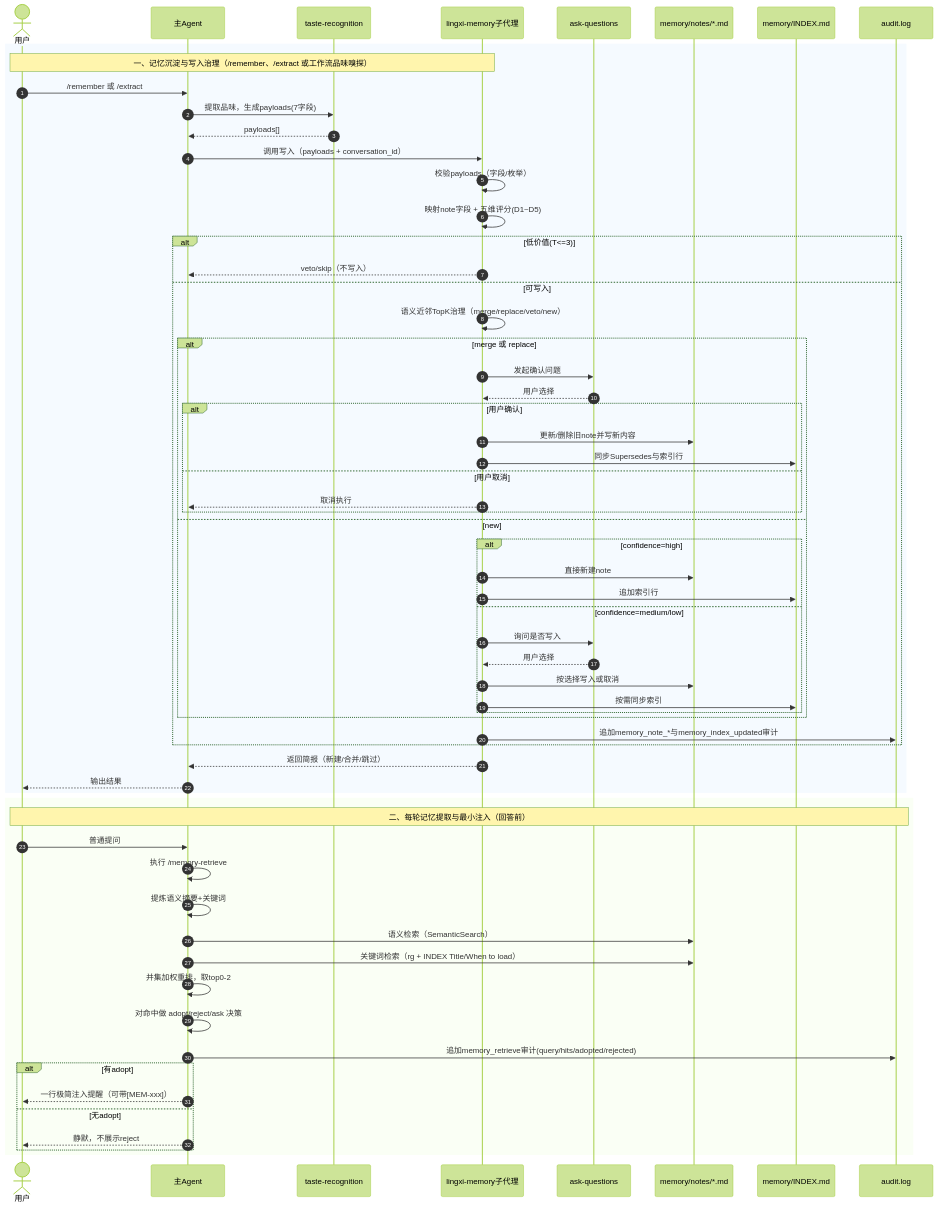
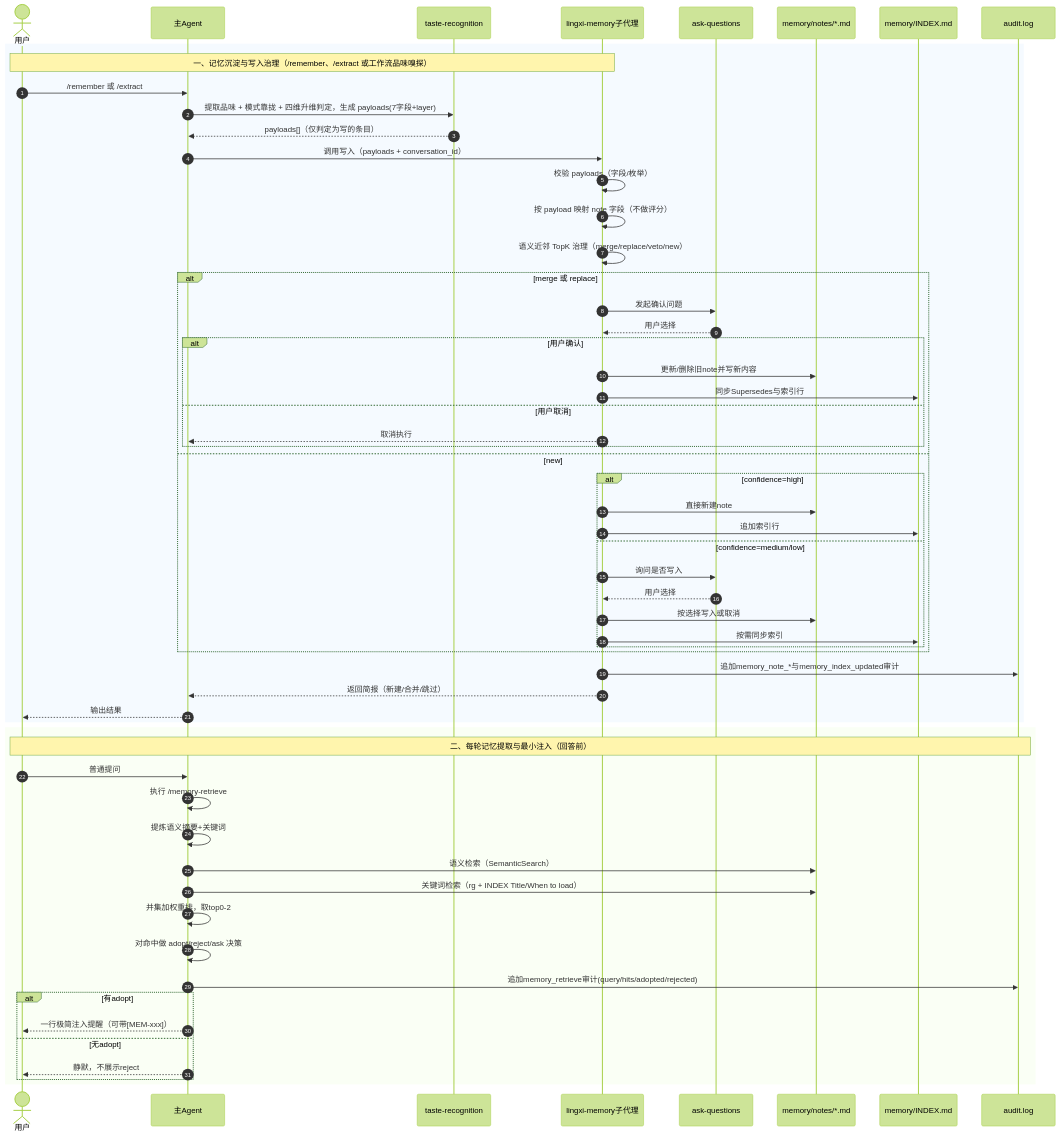
One commit to tower1229/lingxi-site changed the diagram in guide/memory-system.md. Above: the diagram before and after it, drawn with Mermaid (forest theme). The commit also changed other lines of this file and 8 other files, not shown here.

````diff
--- a/guide/memory-system.md
+++ b/guide/memory-system.md
@@ -143,67 +139,63 @@
 ```mermaid
 sequenceDiagram
     autonumber
     actor U as 用户
     participant A as 主Agent
     participant TR as taste-recognition
     participant LM as lingxi-memory子代理
     participant AQ as ask-questions
     participant N as memory/notes/*.md
     participant I as memory/INDEX.md
     participant AU as audit.log
 
     rect rgb(245, 250, 255)
     Note over U,LM: 一、记忆沉淀与写入治理（/remember、/extract 或工作流品味嗅探）
     U->>A: /remember 或 /extract
-    A->>TR: 提取品味，生成payloads(7字段)
-    TR-->>A: payloads[]
+    A->>TR: 提取品味 + 模式靠拢 + 四维升维判定，生成 payloads(7字段+layer)
+    TR-->>A: payloads[]（仅判定为写的条目）
     A->>LM: 调用写入（payloads + conversation_id）
-    LM->>LM: 校验payloads（字段/枚举）
-    LM->>LM: 映射note字段 + 五维评分(D1~D5)
-    alt 低价值(T<=3)
-        LM-->>A: veto/skip（不写入）
-    else 可写入
-        LM->>LM: 语义近邻TopK治理（merge/replace/veto/new）
-        alt merge 或 replace
+    LM->>LM: 校验 payloads（字段/枚举）
+    LM->>LM: 按 payload 映射 note 字段（不做评分）
+    LM->>LM: 语义近邻 TopK 治理（merge/replace/veto/new）
+    alt merge 或 replace
             LM->>AQ: 发起确认问题
             AQ-->>LM: 用户选择
             alt 用户确认
                 LM->>N: 更新/删除旧note并写新内容
                 LM->>I: 同步Supersedes与索引行
             else 用户取消
                 LM-->>A: 取消执行
             end
         else new
             alt confidence=high
                 LM->>N: 直接新建note
                 LM->>I: 追加索引行
             else confidence=medium/low
                 LM->>AQ: 询问是否写入
                 AQ-->>LM: 用户选择
                 LM->>N: 按选择写入或取消
                 LM->>I: 按需同步索引
             end
         end
         LM->>AU: 追加memory_note_*与memory_index_updated审计
-    end
     LM-->>A: 返回简报（新建/合并/跳过）
     A-->>U: 输出结果
     end
 
     rect rgb(250, 255, 245)
     Note over U,AU: 二、每轮记忆提取与最小注入（回答前）
     U->>A: 普通提问
     A->>A: 执行 /memory-retrieve
     A->>A: 提炼语义摘要+关键词
     A->>N: 语义检索（SemanticSearch）
     A->>N: 关键词检索（rg + INDEX Title/When to load）
     A->>A: 并集加权重排，取top0-2
     A->>A: 对命中做 adopt/reject/ask 决策
     A->>AU: 追加memory_retrieve审计(query/hits/adopted/rejected)
     alt 有adopt
         A-->>U: 一行极简注入提醒（可带[MEM-xxx]）
     else 无adopt
         A-->>U: 静默，不展示reject
     end
     end
 ```
````
